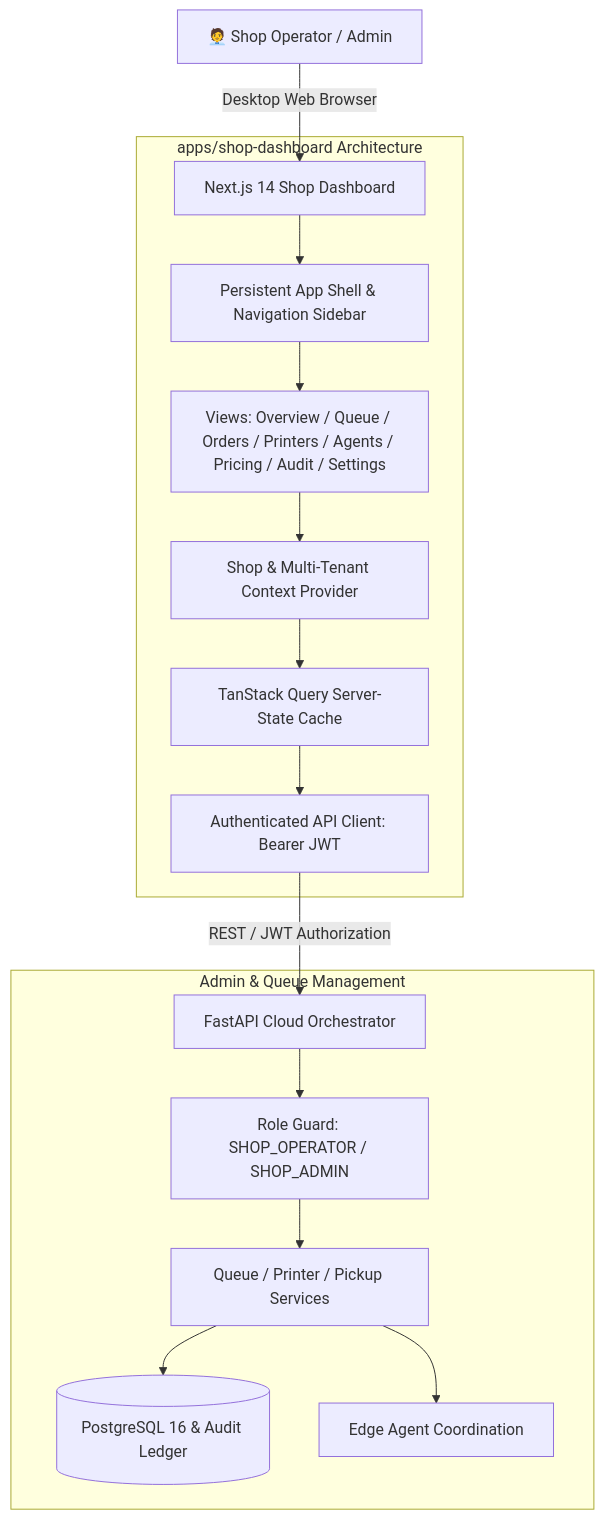
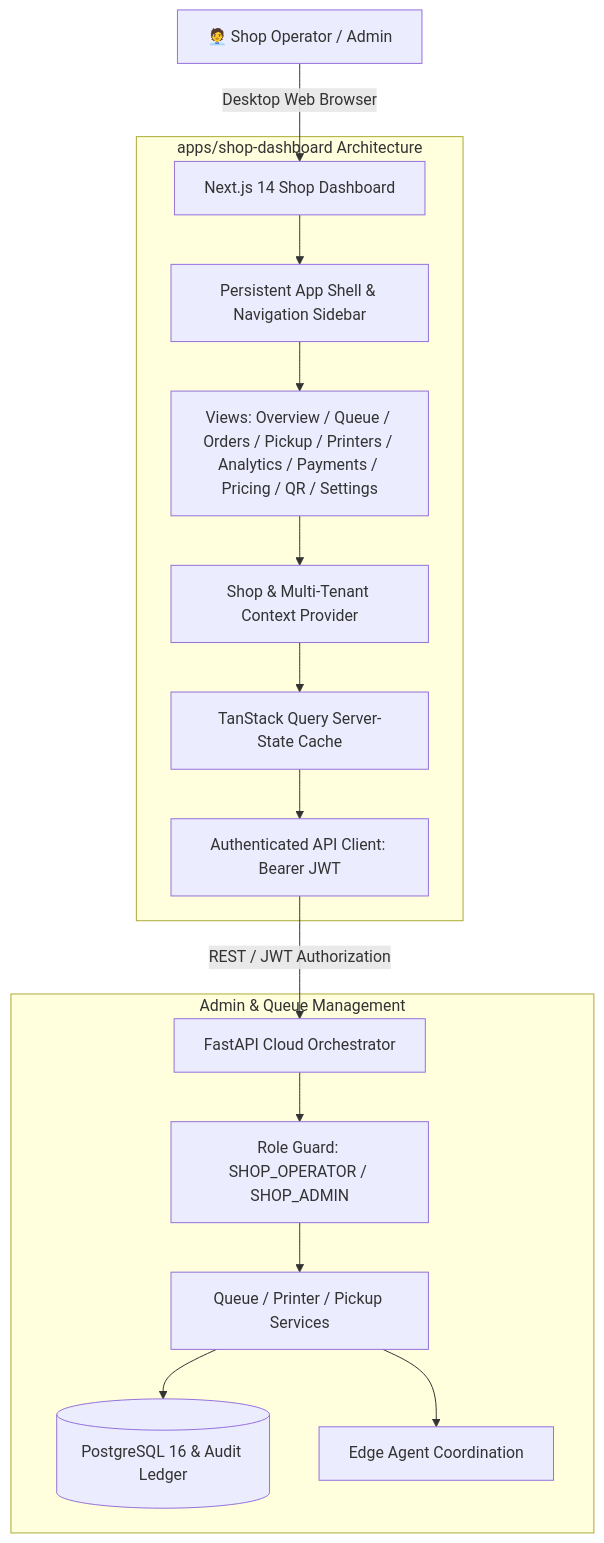
One commit to AnkitX0/HEDS-Hybrid-Edge-Distributed-Print-System changed the second of 2 diagrams in docs/frontend-architecture.md. Above: the diagram before and after it, drawn with Mermaid. The commit also changed other lines of this file and 29 other files, not shown here.

````diff
--- a/docs/frontend-architecture.md
+++ b/docs/frontend-architecture.md
@@ -49,21 +49,21 @@
 ```mermaid
 graph TD
     Operator[🧑‍💼 Shop Operator / Admin] -->|Desktop Web Browser| NextShop[Next.js 14 Shop Dashboard]
 
     subgraph Frontend_Shop [apps/shop-dashboard Architecture]
         NextShop --> Shell[Persistent App Shell & Navigation Sidebar]
-        Shell --> Views[Views: Overview / Queue / Orders / Printers / Agents / Pricing / Audit / Settings]
+        Shell --> Views[Views: Overview / Queue / Orders / Pickup / Printers / Analytics / Payments / Pricing / QR / Settings]
         Views --> ShopContext[Shop & Multi-Tenant Context Provider]
         ShopContext --> TQ_Shop[TanStack Query Server-State Cache]
         TQ_Shop --> API_Shop[Authenticated API Client: Bearer JWT]
     end
 
     API_Shop -->|REST / JWT Authorization| FastAPI_Shop[FastAPI Cloud Orchestrator]
 
     subgraph Backend_Admin [Admin & Queue Management]
         FastAPI_Shop --> RoleCheck[Role Guard: SHOP_OPERATOR / SHOP_ADMIN]
         RoleCheck --> OpsService[Queue / Printer / Pickup Services]
         OpsService --> DB_Audit[(PostgreSQL 16 & Audit Ledger)]
         OpsService --> AgentCoord[Edge Agent Coordination]
     end
 ```
````
